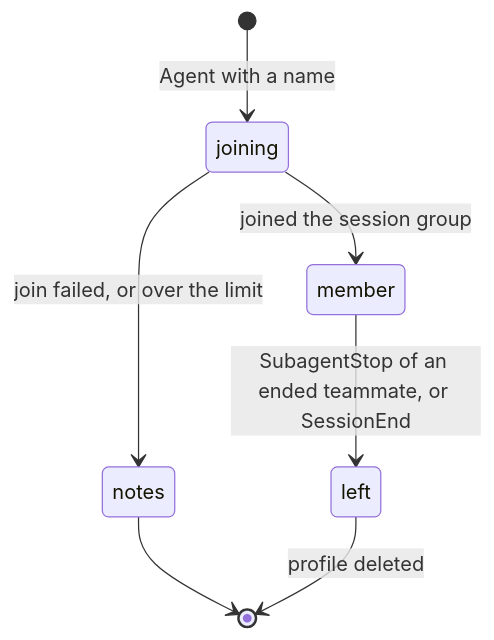
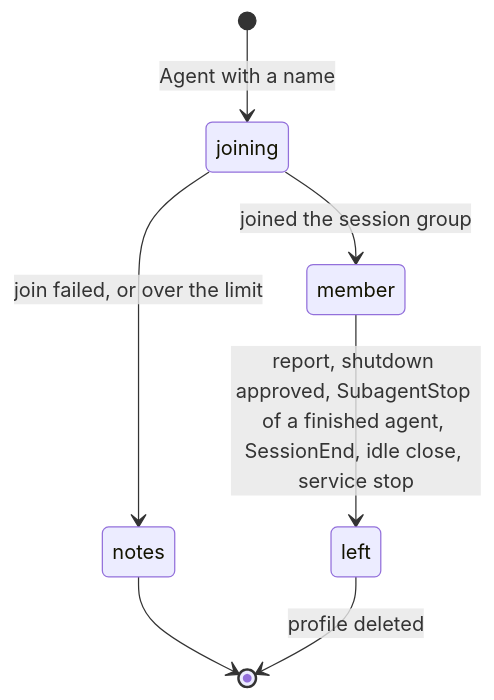
One commit to evgeny-simplex/simplex-chat changed the second of 2 diagrams in plans/2026-11-14-mcp-teammate-profiles.md. Above: the diagram before and after it, drawn with Mermaid. The commit also changed other lines of this file and 18 other files, not shown here.

Commit message:
mcp: each teammate of a session joins its group with its own agent profile, posts its messages and report there, and leaves when it ends

````diff
--- a/plans/2026-11-14-mcp-teammate-profiles.md
+++ b/plans/2026-11-14-mcp-teammate-profiles.md
@@ -109,9 +113,9 @@
 ```mermaid
 stateDiagram-v2
   [*] --> joining: Agent with a name
   joining --> member: joined the session group
   joining --> notes: join failed, or over the limit
-  member --> left: SubagentStop of an ended teammate, or SessionEnd
+  member --> left: report, shutdown approved, SubagentStop of a finished agent, SessionEnd, idle close, service stop
   notes --> [*]
   left --> [*]: profile deleted
 ```
````
